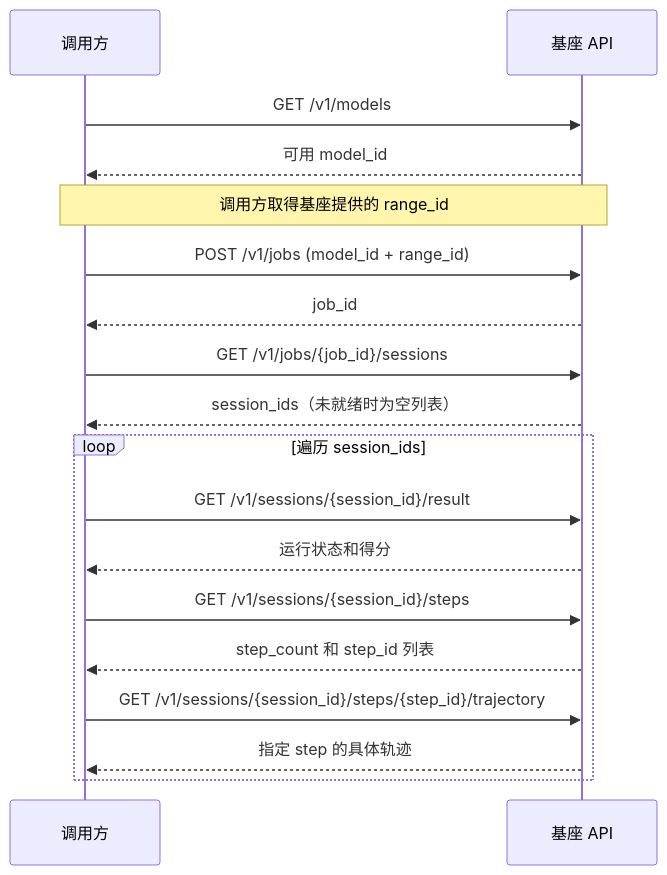
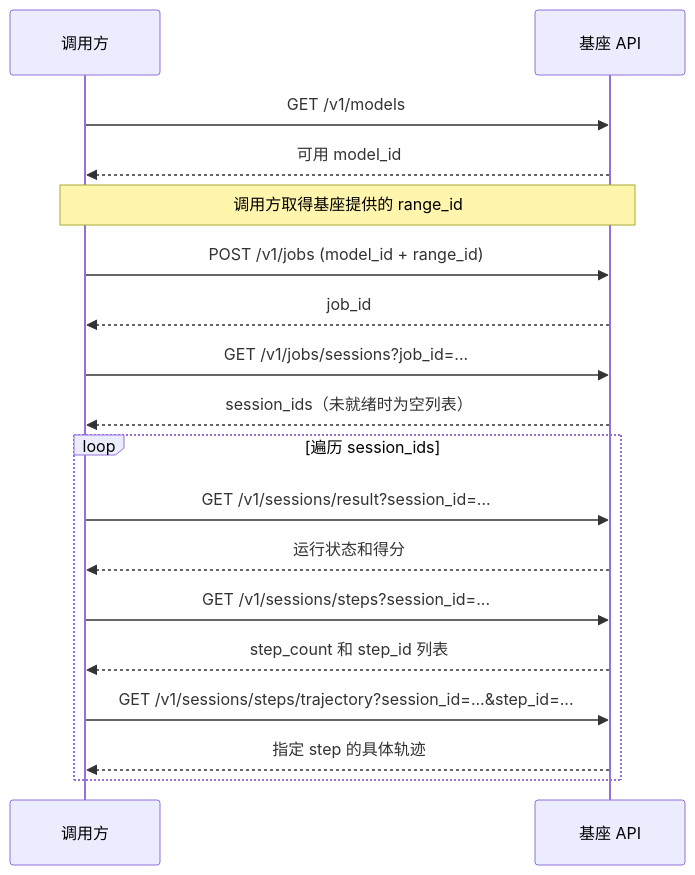
Before and after one commit to BinHuangPJLAB/SafactoryServer: the diagram in docs/API_DESIGN.md, drawn with Mermaid. The commit also changed other lines of this file, not shown here.

````diff
--- a/docs/API_DESIGN.md
+++ b/docs/API_DESIGN.md
@@ -35,21 +35,21 @@
 ```mermaid
 sequenceDiagram
     participant Client as 调用方
     participant Base as 基座 API
 
     Client->>Base: GET /v1/models
     Base-->>Client: 可用 model_id
     Note over Client,Base: 调用方取得基座提供的 range_id
     Client->>Base: POST /v1/jobs (model_id + range_id)
     Base-->>Client: job_id
-    Client->>Base: GET /v1/jobs/{job_id}/sessions
+    Client->>Base: GET /v1/jobs/sessions?job_id=...
     Base-->>Client: session_ids（未就绪时为空列表）
     loop 遍历 session_ids
-        Client->>Base: GET /v1/sessions/{session_id}/result
+        Client->>Base: GET /v1/sessions/result?session_id=...
         Base-->>Client: 运行状态和得分
-        Client->>Base: GET /v1/sessions/{session_id}/steps
+        Client->>Base: GET /v1/sessions/steps?session_id=...
         Base-->>Client: step_count 和 step_id 列表
-        Client->>Base: GET /v1/sessions/{session_id}/steps/{step_id}/trajectory
+        Client->>Base: GET /v1/sessions/steps/trajectory?session_id=...&step_id=...
         Base-->>Client: 指定 step 的具体轨迹
     end
 ```
````
